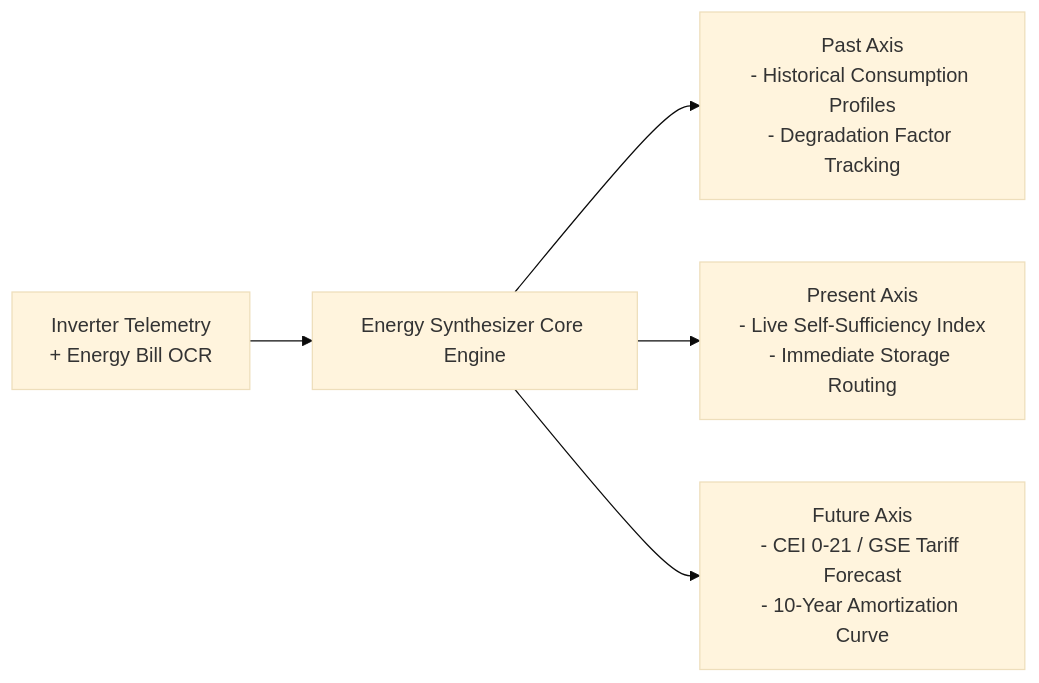
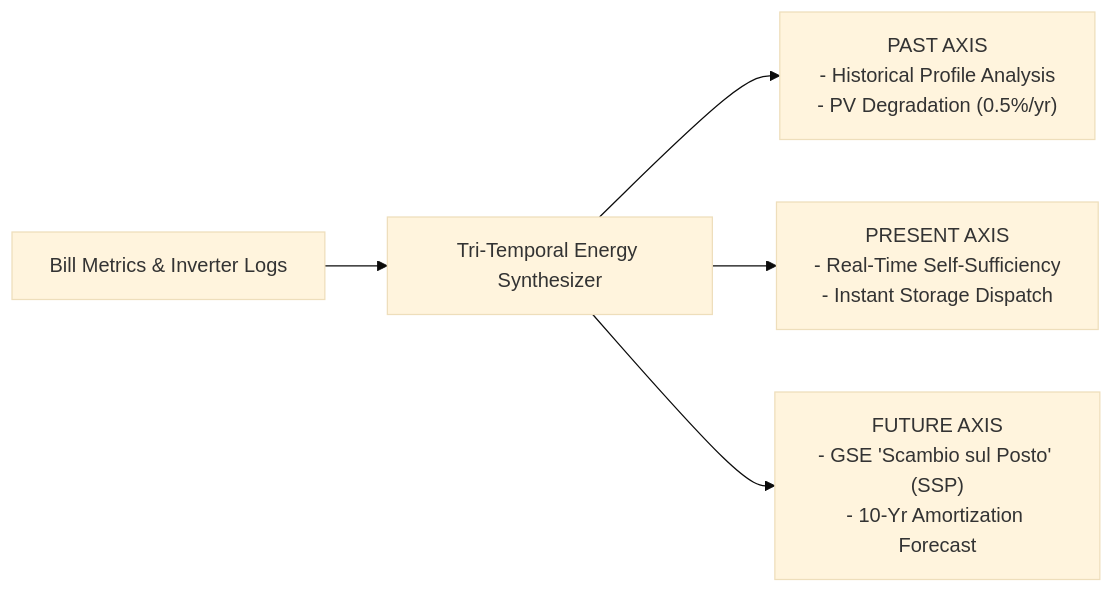
One commit to RedScorpio83/enerlyapp-architecture-showcase changed the second of 3 diagrams in ARCHITECTURE.md. Above: the diagram before and after it, drawn with Mermaid (base theme). The commit also changed other lines of this file and 1 other file, not shown here.

Commit message:
Expand microservices specifications, ER database schema, and regulatory calculation models

````diff
--- a/ARCHITECTURE.md
+++ b/ARCHITECTURE.md
@@ -31,8 +175,8 @@
 ```mermaid
 flowchart LR
-    INPUT["Inverter Telemetry\n+ Energy Bill OCR"] --> SYNTH["Energy Synthesizer Core Engine"]
-
-    SYNTH --> PAST["Past Axis\n- Historical Consumption Profiles\n- Degradation Factor Tracking"]
-    SYNTH --> PRESENT["Present Axis\n- Live Self-Sufficiency Index\n- Immediate Storage Routing"]
-    SYNTH --> FUTURE["Future Axis\n- CEI 0-21 / GSE Tariff Forecast\n- 10-Year Amortization Curve"]
+    DATA["Bill Metrics & Inverter Logs"] --> ENGINE["Tri-Temporal Energy Synthesizer"]
+    
+    ENGINE --> PAST["PAST AXIS\n- Historical Profile Analysis\n- PV Degradation (0.5%/yr)"]
+    ENGINE --> PRESENT["PRESENT AXIS\n- Real-Time Self-Sufficiency\n- Instant Storage Dispatch"]
+    ENGINE --> FUTURE["FUTURE AXIS\n- GSE 'Scambio sul Posto' (SSP)\n- 10-Yr Amortization Forecast"]
 ```
````
